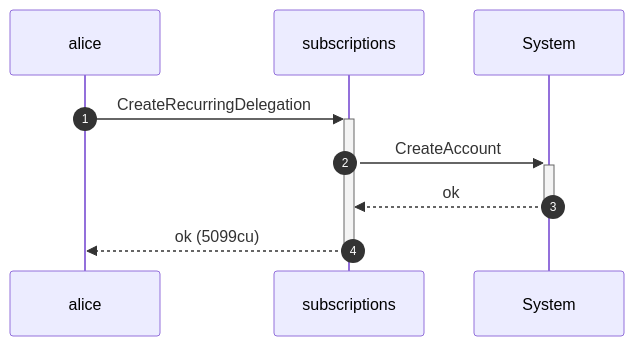
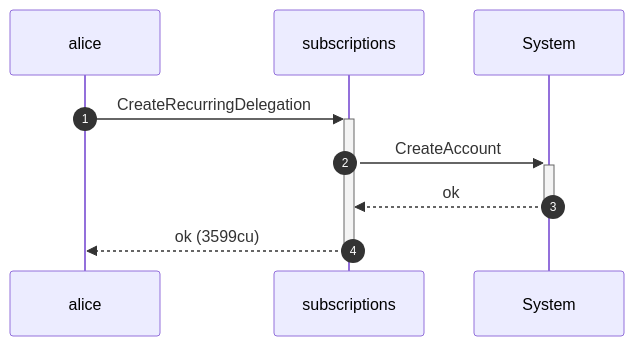
One commit to cds-rs/subscriptions changed the sixth of 16 diagrams in dsl_tests/payer-recovers-a-no-expiry-recurring-delegation-after-the-authority-is-closed.md. Above: the diagram before and after it, drawn with Mermaid. The commit also changed other lines of this file and 224 other files, not shown here.

````diff
--- a/dsl_tests/payer-recovers-a-no-expiry-recurring-delegation-after-the-authority-is-closed.md
+++ b/dsl_tests/payer-recovers-a-no-expiry-recurring-delegation-after-the-authority-is-closed.md
@@ -117,11 +123,11 @@
 ```mermaid
 sequenceDiagram
     autonumber
     participant alice
     participant subscriptions
     participant System
     alice ->>+ subscriptions: CreateRecurringDelegation
     subscriptions ->>+ System: CreateAccount
     System -->>- subscriptions: ok
-    subscriptions -->>- alice: ok (5099cu)
+    subscriptions -->>- alice: ok (3599cu)
 ```
````
